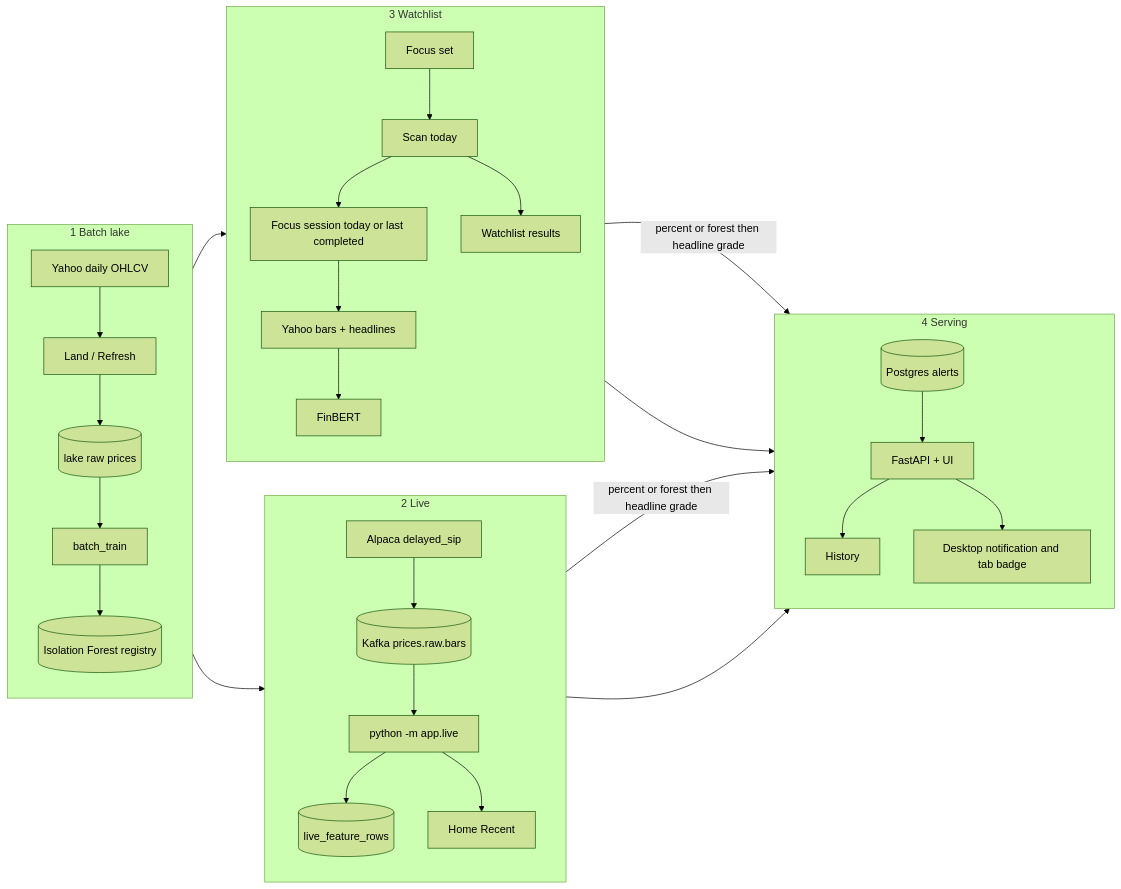
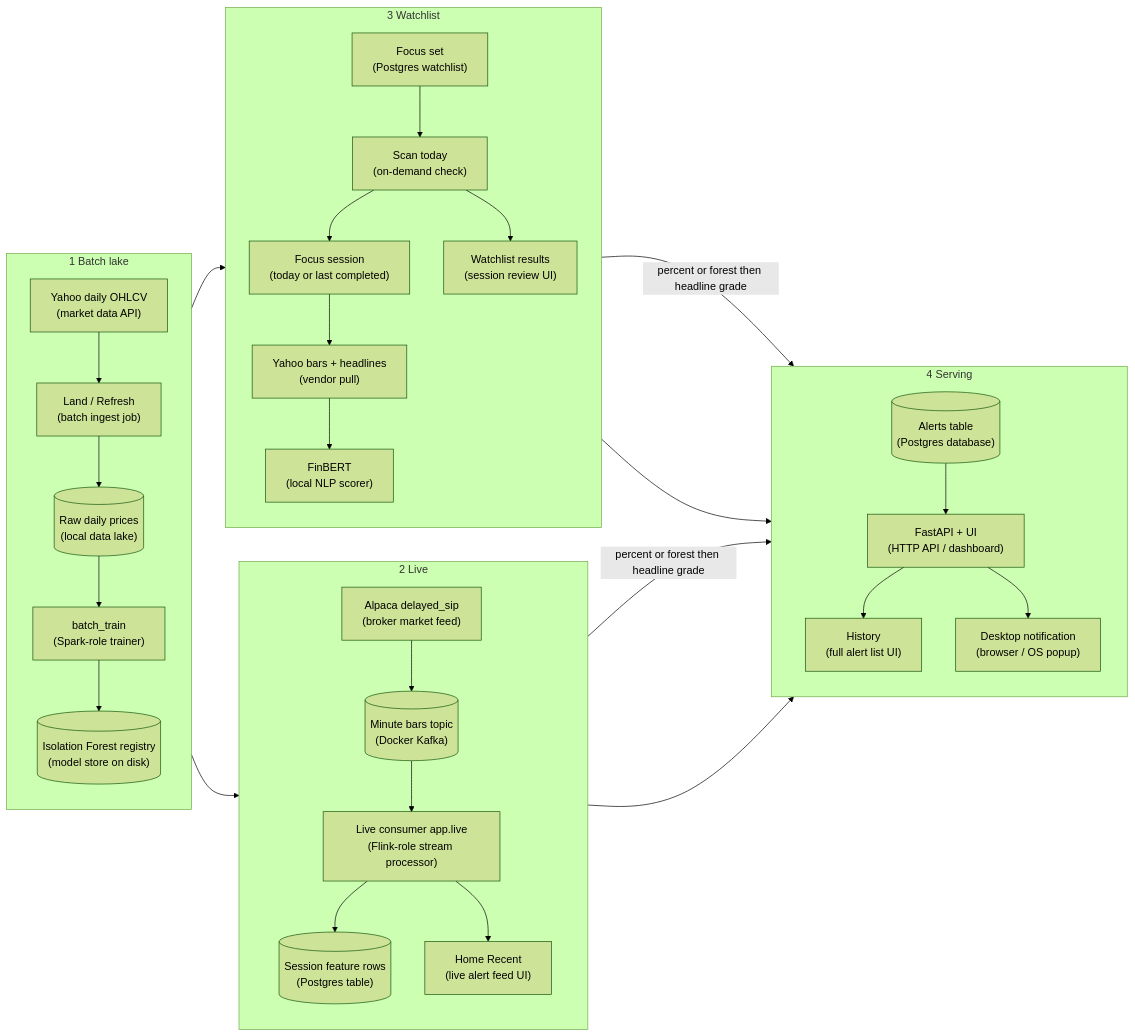
Before and after one commit to sameerde4/ticker-alert-system: the first of 10 diagrams in docs/architecture.md, drawn with Mermaid (forest theme). The commit also changed other lines of this file and 1 other file, not shown here.

First line of the commit message:
Clarify architecture diagram boxes with job plus technical role.

````diff
--- a/docs/architecture.md
+++ b/docs/architecture.md
@@ -104,41 +104,41 @@
 ```mermaid
 flowchart LR
     subgraph batch [1 Batch lake]
         direction TB
-        YF[Yahoo daily OHLCV] --> LAND[Land / Refresh]
-        LAND --> RAW[(lake raw prices)]
-        RAW --> BT[batch_train]
-        BT --> REG[(Isolation Forest registry)]
+        YF["Yahoo daily OHLCV<br/>(market data API)"] --> LAND["Land / Refresh<br/>(batch ingest job)"]
+        LAND --> RAW[("Raw daily prices<br/>(local data lake)")]
+        RAW --> BT["batch_train<br/>(Spark-role trainer)"]
+        BT --> REG[("Isolation Forest registry<br/>(model store on disk)")]
     end
 
     subgraph stream [2 Live]
         direction TB
-        ALP[Alpaca delayed_sip] --> KAFKA[(Kafka prices.raw.bars)]
-        KAFKA --> LIVE[python -m app.live]
-        LIVE --> FEAT[(live_feature_rows)]
-        LIVE --> HOME[Home Recent]
+        ALP["Alpaca delayed_sip<br/>(broker market feed)"] --> KAFKA[("Minute bars topic<br/>(Docker Kafka)")]
+        KAFKA --> LIVE["Live consumer app.live<br/>(Flink-role stream processor)"]
+        LIVE --> FEAT[("Session feature rows<br/>(Postgres table)")]
+        LIVE --> HOME["Home Recent<br/>(live alert feed UI)"]
     end
 
     subgraph watch [3 Watchlist]
         direction TB
-        WL[Focus set] --> RUN[Scan today]
-        RUN --> FOCUS[Focus session today or last completed]
-        FOCUS --> YB[Yahoo bars + headlines]
-        YB --> FB[FinBERT]
-        RUN --> CHECK[Watchlist results]
+        WL["Focus set<br/>(Postgres watchlist)"] --> RUN["Scan today<br/>(on-demand check)"]
+        RUN --> FOCUS["Focus session<br/>(today or last completed)"]
+        FOCUS --> YB["Yahoo bars + headlines<br/>(vendor pull)"]
+        YB --> FB["FinBERT<br/>(local NLP scorer)"]
+        RUN --> CHECK["Watchlist results<br/>(session review UI)"]
     end
 
     subgraph serve [4 Serving]
         direction TB
-        PG[(Postgres alerts)] --> API[FastAPI + UI]
-        API --> HIST[History]
-        API --> NOTE[Desktop notification and tab badge]
+        PG[("Alerts table<br/>(Postgres database)")] --> API["FastAPI + UI<br/>(HTTP API / dashboard)"]
+        API --> HIST["History<br/>(full alert list UI)"]
+        API --> NOTE["Desktop notification<br/>(browser / OS popup)"]
     end
 
     REG --> LIVE
     REG --> RUN
     LIVE -->|percent or forest then headline grade| PG
     RUN -->|percent or forest then headline grade| PG
     HOME --> API
     CHECK --> API
 ```
````
